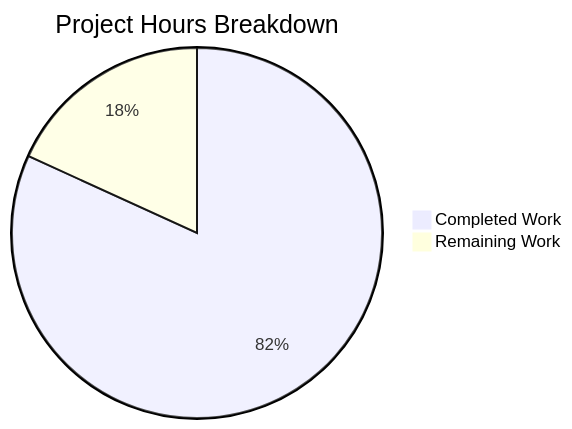
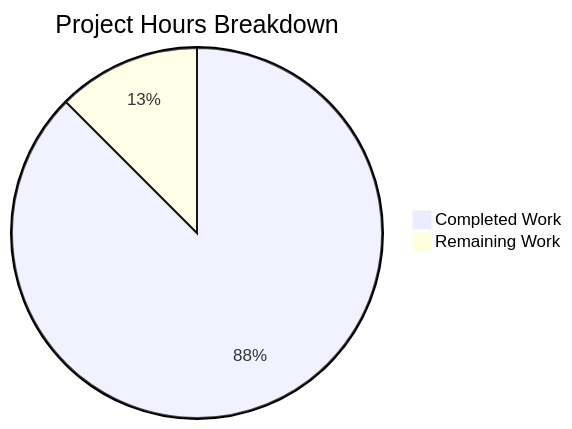
The diagram in blitzy/documentation/Project Guide.md (shaliniblitzy/12_feb_5), drawn with Mermaid before and after one commit. The commit also changed other lines of this file, not shown here.

Commit message:
Adding Blitzy Project Guide: Project Status and Human Tasks Remaining

````diff
--- a/blitzy/documentation/Project Guide.md
+++ b/blitzy/documentation/Project Guide.md
@@ -114,5 +142,5 @@
 ```mermaid
 pie title Project Hours Breakdown
-    "Completed Work" : 9
-    "Remaining Work" : 2
+    "Completed Work" : 7
+    "Remaining Work" : 1
 ```
````
